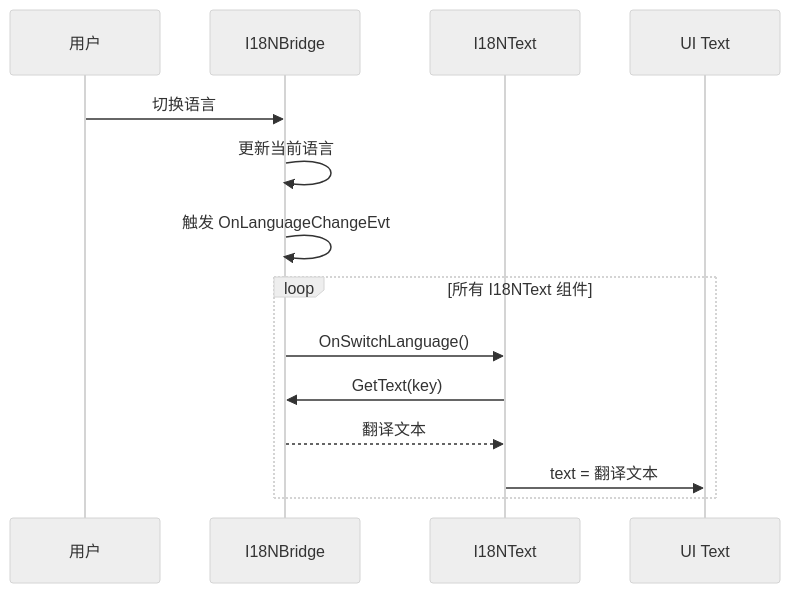
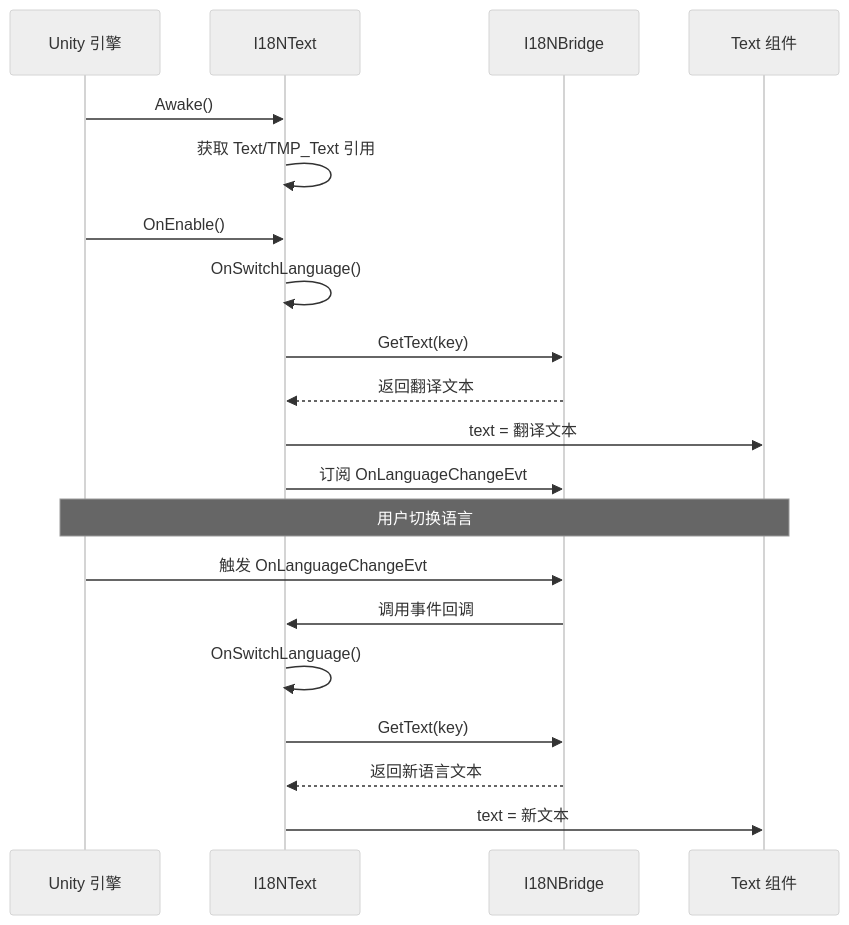
The diagram in Assets/Scripts/Mono/Module/I18N/I18NText.cs.md (acsta/Container), drawn with Mermaid (neutral theme) before and after one commit. The commit also changed other lines of this file and 11 other files, not shown here.

````diff
--- a/Assets/Scripts/Mono/Module/I18N/I18NText.cs.md
+++ b/Assets/Scripts/Mono/Module/I18N/I18NText.cs.md
@@ -108,18 +138,26 @@
 ```mermaid
 sequenceDiagram
-    participant User as 用户
-    participant I18N as I18NBridge
-    participant I18NT as I18NText
-    participant Text as UI Text
+    participant Unity as Unity 引擎
+    participant IT as I18NText
+    participant IB as I18NBridge
+    participant Text as Text 组件
 
-    User->>I18N: 切换语言
-    I18N->>I18N: 更新当前语言
-    I18N->>I18N: 触发 OnLanguageChangeEvt
+    Unity->>IT: Awake()
+    IT->>IT: 获取 Text/TMP_Text 引用
     
-    loop 所有 I18NText 组件
-        I18N->>I18NT: OnSwitchLanguage()
-        I18NT->>I18N: GetText(key)
-        I18N-->>I18NT: 翻译文本
-        I18NT->>Text: text = 翻译文本
-    end
+    Unity->>IT: OnEnable()
+    IT->>IT: OnSwitchLanguage()
+    IT->>IB: GetText(key)
+    IB-->>IT: 返回翻译文本
+    IT->>Text: text = 翻译文本
+    IT->>IB: 订阅 OnLanguageChangeEvt
+    
+    Note over Unity,Text: 用户切换语言
+    
+    Unity->>IB: 触发 OnLanguageChangeEvt
+    IB->>IT: 调用事件回调
+    IT->>IT: OnSwitchLanguage()
+    IT->>IB: GetText(key)
+    IB-->>IT: 返回新语言文本
+    IT->>Text: text = 新文本
 ```
````
